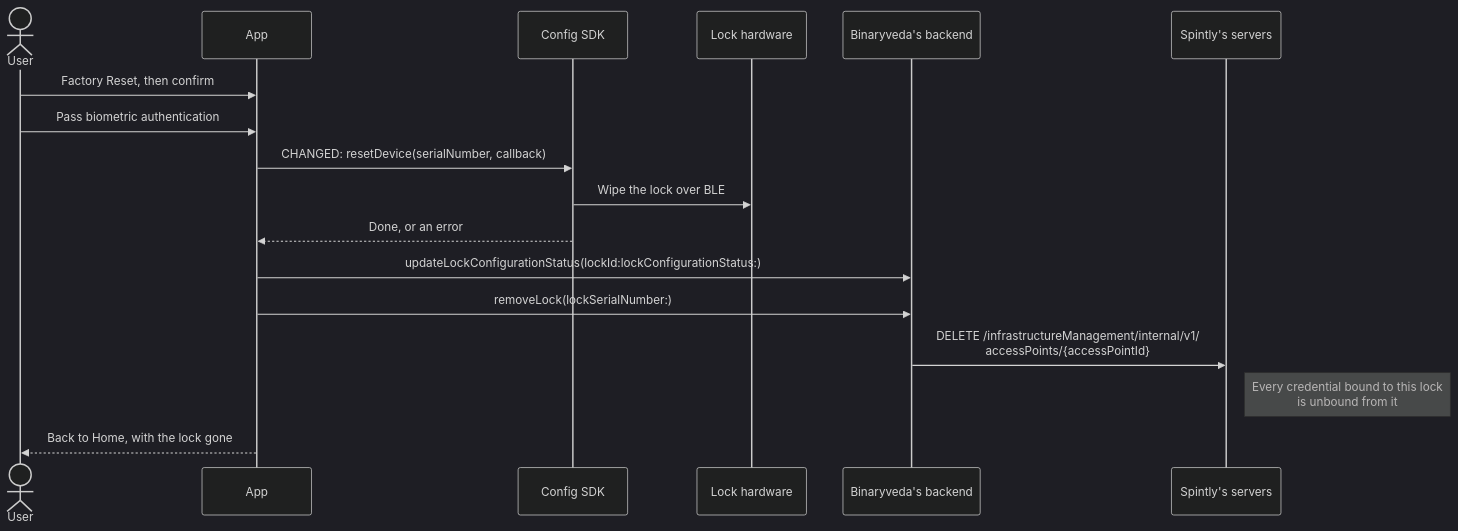
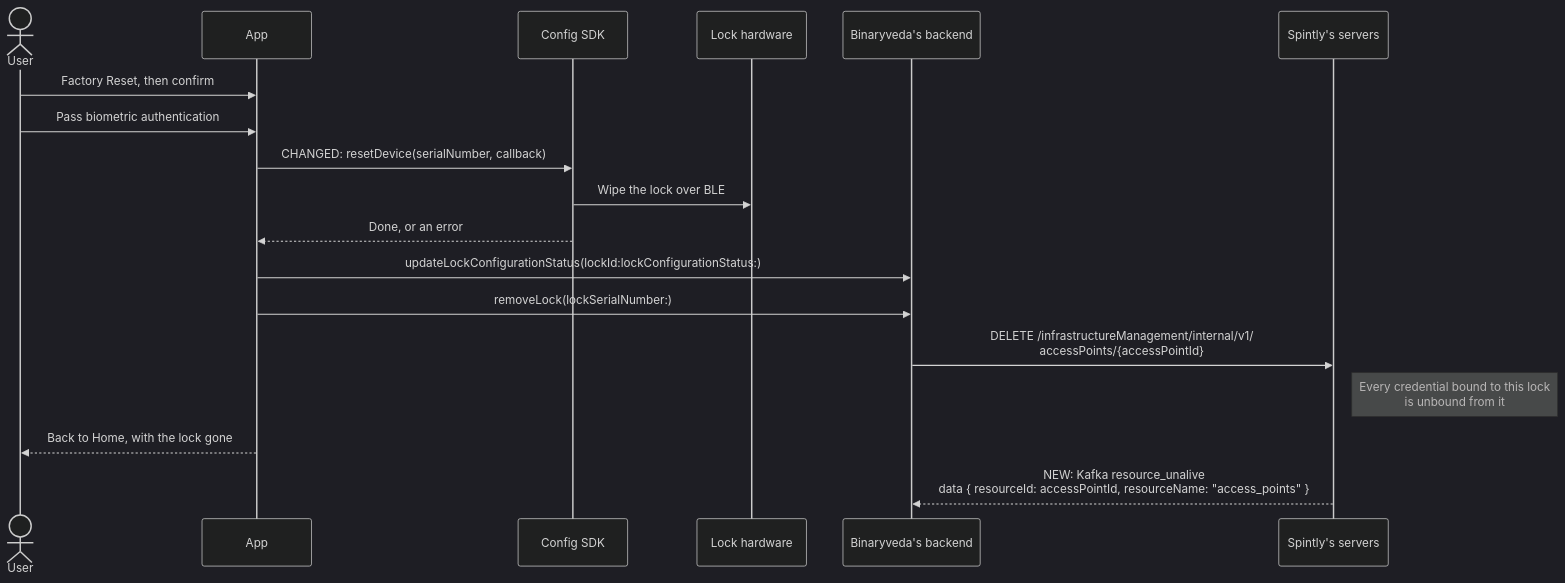
Before and after one commit to spintly-integrations-support/godrej-software-guide: the tenth of 13 diagrams in docs/lock-settings.md, drawn with Mermaid (dark theme). The commit also changed other lines of this file and 9 other files, not shown here.

````diff
--- a/docs/lock-settings.md
+++ b/docs/lock-settings.md
@@ -322,20 +322,21 @@
     ```mermaid
     sequenceDiagram
         actor U as User
         participant A as App
         participant C as Config SDK
         participant L as Lock hardware
         participant B as Binaryveda's backend
         participant S as Spintly's servers
 
         U->>A: Factory Reset, then confirm
         U->>A: Pass biometric authentication
         A->>C: CHANGED: resetDevice(serialNumber, callback)
         C->>L: Wipe the lock over BLE
         C-->>A: Done, or an error
         A->>B: updateLockConfigurationStatus(lockId:lockConfigurationStatus:)
         A->>B: removeLock(lockSerialNumber:)
         B->>S: DELETE /infrastructureManagement/internal/v1/<br/>accessPoints/{accessPointId}
         Note right of S: Every credential bound to this lock<br/>is unbound from it
         A-->>U: Back to Home, with the lock gone
+        S-->>B: NEW: Kafka resource_unalive<br/>data { resourceId: accessPointId, resourceName: "access_points" }
     ```
````
